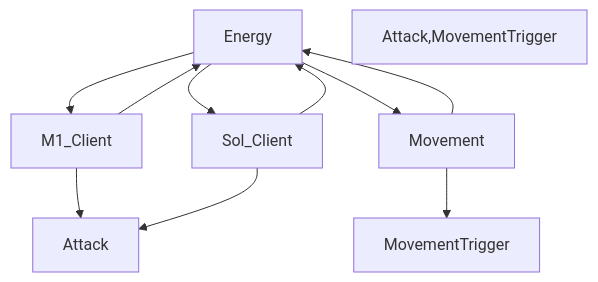
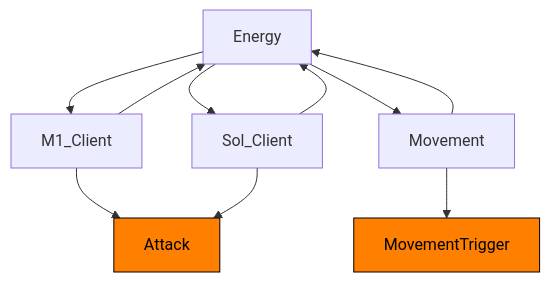
Before and after one commit to altair5607249/Crusaders-Game: the diagram in README.md, drawn with Mermaid.

````diff
--- a/README.md
+++ b/README.md
@@ -21,14 +21,14 @@
 ```mermaid
 graph TD;
 
   classDef remoteEvent fill:#FF7F00,stroke:#000000,color:#000000
 
   Energy-->M1_Client-->Energy;
   Energy-->Sol_Client-->Energy;
   Energy-->Movement-->Energy;
   M1_Client-->Attack;
   Sol_Client-->Attack;
   Movement-->MovementTrigger;
 
-  style Attack,MovementTrigger remoteEvent
+  class Attack,MovementTrigger remoteEvent;
 ```  
````
